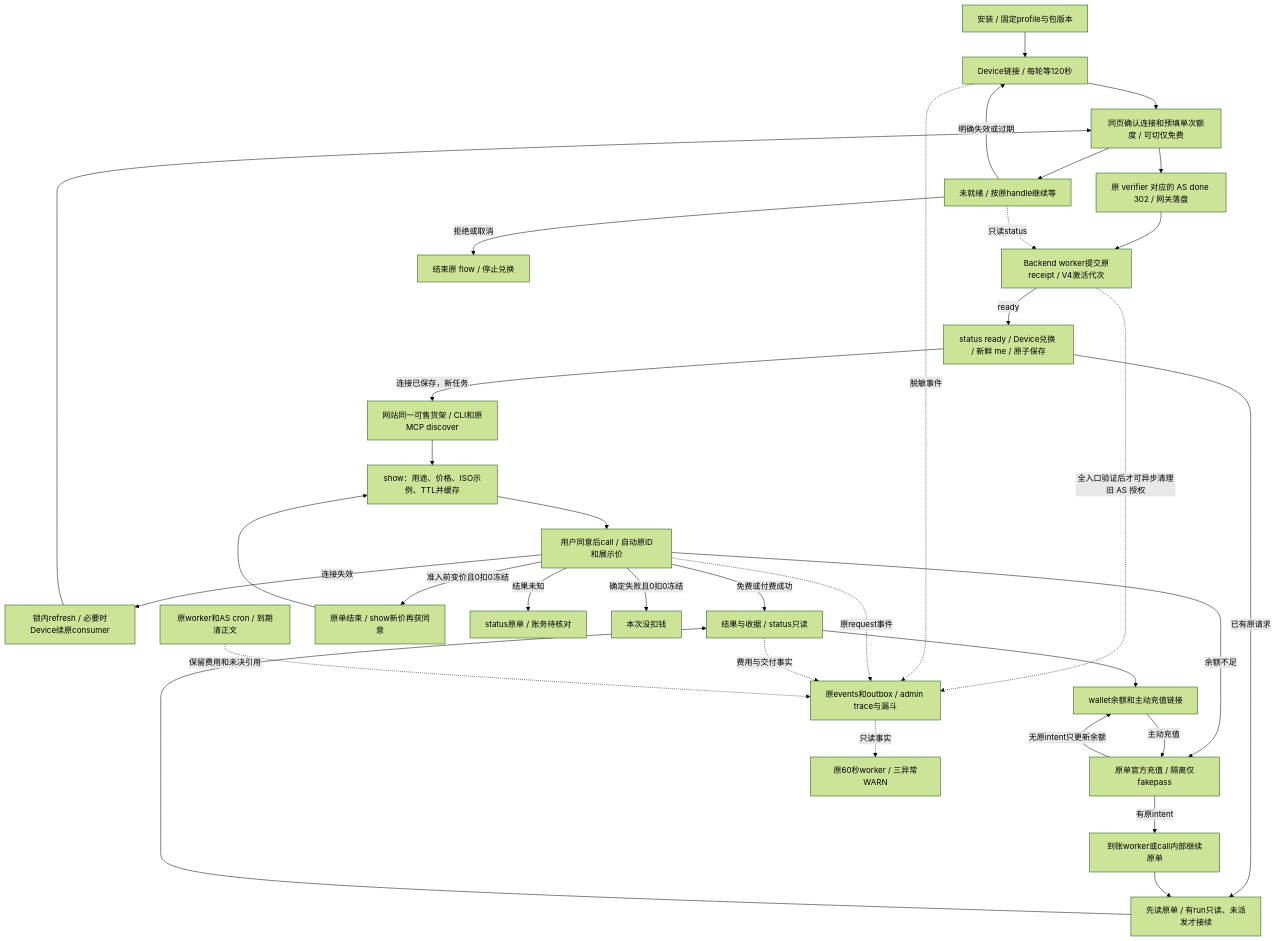
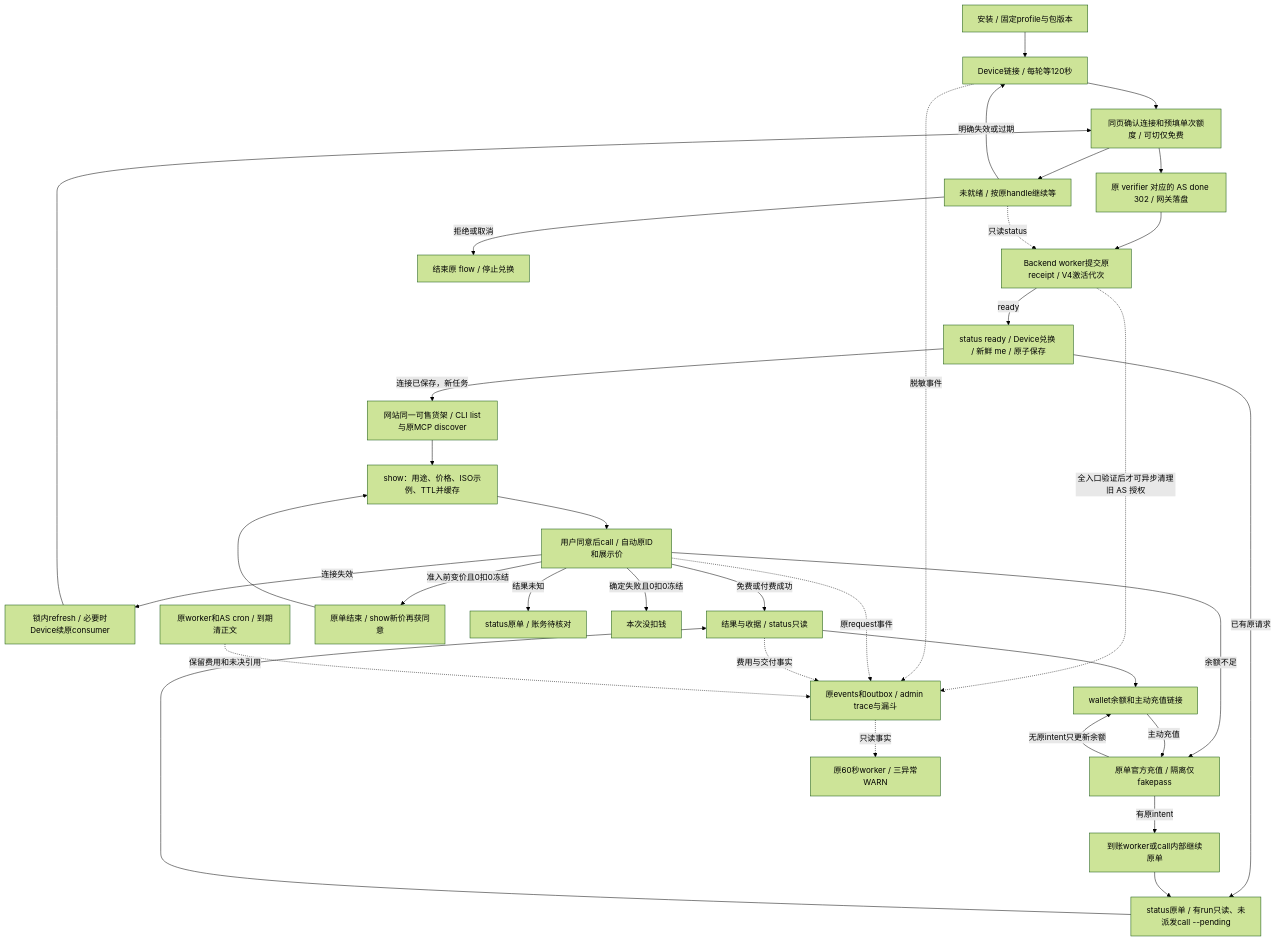
The diagram in README.md (itpay-ai/cli), drawn with Mermaid (forest theme) before and after one commit. The commit also changed 30 other files, not shown here.

````diff
--- a/README.md
+++ b/README.md
@@ -5,36 +5,36 @@
 ```mermaid
 flowchart TD
  A01[安装 / 固定profile与包版本] --> A02[Device链接 / 每轮等120秒]
  A02 --> A03[同页确认连接和预填单次额度 / 可切仅免费]
  A03 --> AS[原 verifier 对应的 AS done 302 / 网关落盘]
  AS --> HC[Backend worker提交原receipt / V4激活代次]
- A04 -->|连接已保存，新任务| B01[网站同一可售货架 / CLI和原MCP discover]
+ A04 -->|连接已保存，新任务| B01[网站同一可售货架 / CLI list与原MCP discover]
  B01 --> B02[show：用途、价格、ISO示例、TTL并缓存]
  B02 --> B03[用户同意后call / 自动原ID和展示价]
  B03 -->|连接失效| A05[锁内refresh / 必要时Device续原consumer]
  A05 --> A03
  HC -.全入口验证后才可异步清理旧 AS 授权.-> O01
  A03 --> PENDING[未就绪 / 按原handle继续等]
  HC -->|ready| A04[status ready / Device兑换 / 新鲜 me / 原子保存]
  PENDING -.只读status.-> HC
  PENDING -->|明确失效或过期| A02
  PENDING -->|拒绝或取消| STOP[结束原 flow / 停止兑换]
- A04 -->|已有原请求| B04[先读原单 / 有run只读、未派发才接续]
+ A04 -->|已有原请求| B04[status原单 / 有run只读、未派发call --pending]
  B04 --> R[结果与收据 / status只读]
  B03 -->|免费或付费成功| R
  B03 -->|余额不足| T[原单官方充值 / 隔离仅fakepass]
  T -->|有原intent| W[到账worker或call内部继续原单]
  W --> B04
  B03 -->|准入前变价且0扣0冻结| N[原单结束 / show新价再获同意]
  N --> B02
  B03 -->|结果未知| U[status原单 / 账务待核对]
  B03 -->|确定失败且0扣0冻结| F[本次没扣钱]
  R --> V[wallet余额和主动充值链接]
  V -->|主动充值| T
  T -->|无原intent只更新余额| V
  A02 -.脱敏事件.-> O01[原events和outbox / admin trace与漏斗]
  B03 -.原request事件.-> O01
  R -.费用与交付事实.-> O01
  O01 -.只读事实.-> O02[原60秒worker / 三异常WARN]
  O03[原worker和AS cron / 到期清正文] -.保留费用和未决引用.-> O01
 ```
````
